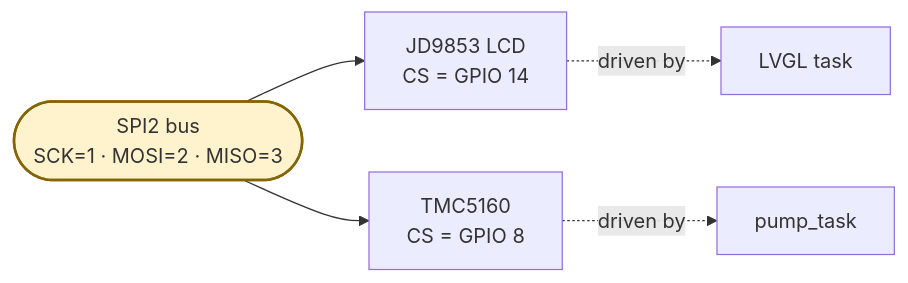
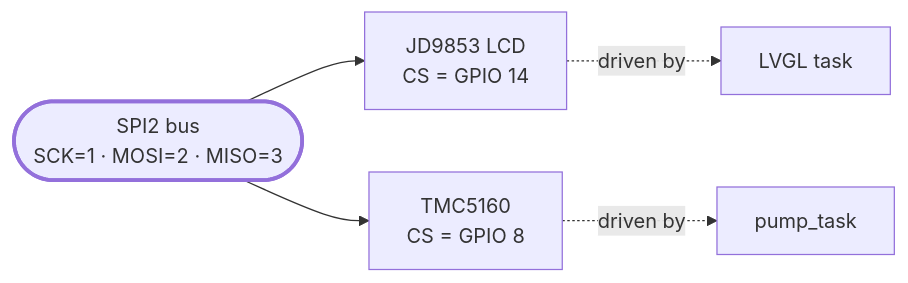
One commit to jimisola/AutoLee changed the fourth of 5 diagrams in docs/ARCHITECTURE.md. Above: the diagram before and after it, drawn with Mermaid. The commit also changed other lines of this file and 3 other files, not shown here.

````diff
--- a/docs/ARCHITECTURE.md
+++ b/docs/ARCHITECTURE.md
@@ -117,10 +117,10 @@
 ```mermaid
 flowchart LR
     SPI(["SPI2 bus<br/>SCK=1 · MOSI=2 · MISO=3"])
     SPI --> LCD["JD9853 LCD<br/>CS = GPIO 14"]
     SPI --> TMC["TMC5160<br/>CS = GPIO 8"]
     LCD -.driven by.-> LVGLT["LVGL task"]
     TMC -.driven by.-> PUMPT["pump_task"]
 
-    style SPI fill:#fff3cd,stroke:#856404,stroke-width:2px
+    style SPI stroke-width:3px
 ```
````
